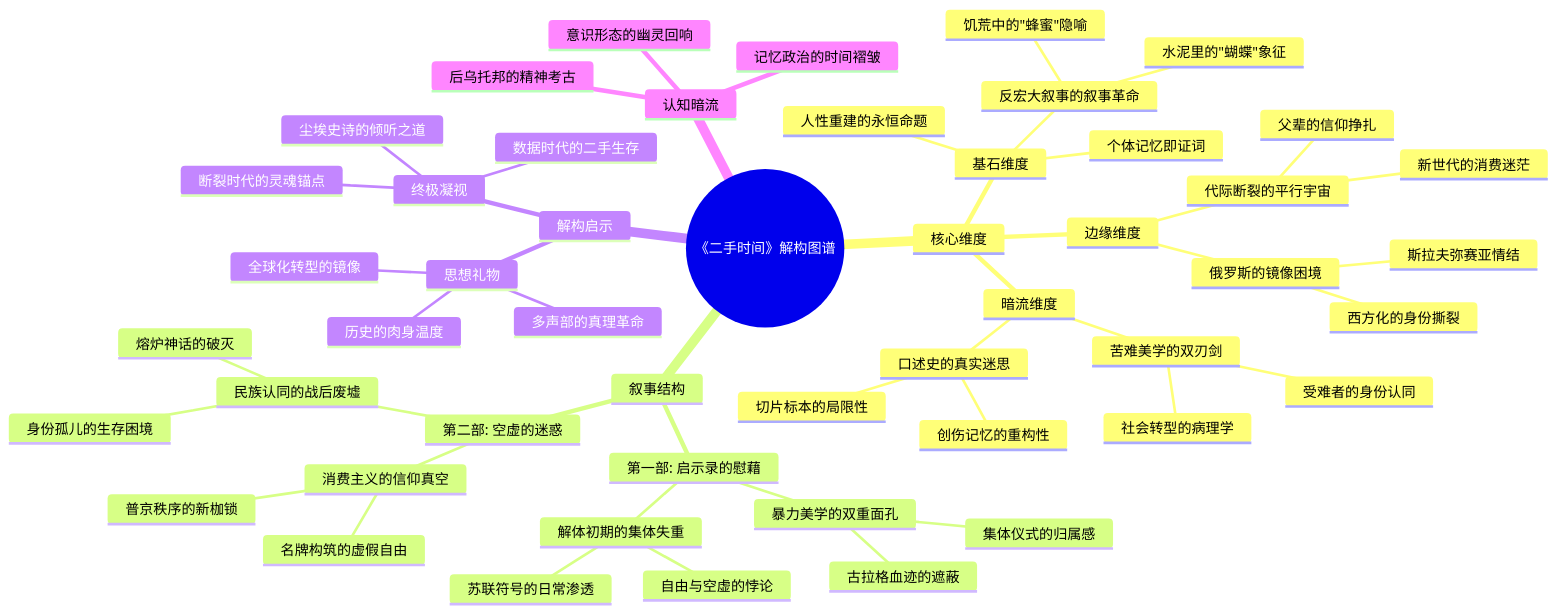
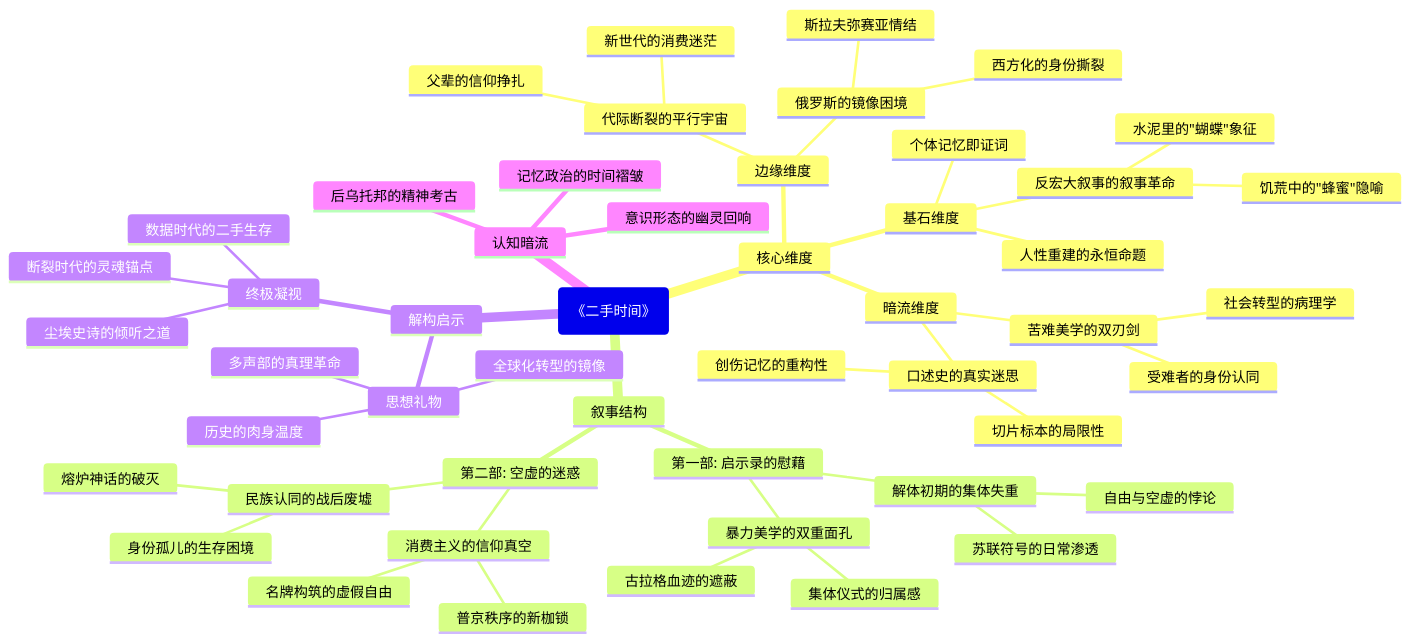
One commit to funloss/funKnowledge changed the diagram in 读书/世界历史/二手时间.md. Above: the diagram before and after it, drawn with Mermaid. The commit also changed 74 other files, not shown here.

````diff
--- a/读书/世界历史/二手时间.md
+++ b/读书/世界历史/二手时间.md
@@ -3,53 +3,53 @@
 ```mermaid
 mindmap
-  root((《二手时间》解构图谱))
+  root(《二手时间》)
     核心维度
       基石维度
         个体记忆即证词
         人性重建的永恒命题
         反宏大叙事的叙事革命
 	        饥荒中的"蜂蜜"隐喻
 	        水泥里的"蝴蝶"象征
       边缘维度
         代际断裂的平行宇宙
 	        父辈的信仰挣扎
 	        新世代的消费迷茫
         俄罗斯的镜像困境
 	        西方化的身份撕裂
 	        斯拉夫弥赛亚情结
       暗流维度
         口述史的真实迷思
 	        创伤记忆的重构性
 	        切片标本的局限性
         苦难美学的双刃剑
 	        受难者的身份认同
 	        社会转型的病理学
     叙事结构
       第一部: 启示录的慰藉
         解体初期的集体失重
 	        自由与空虚的悖论
 	        苏联符号的日常渗透
         暴力美学的双重面孔
 	        集体仪式的归属感
 	        古拉格血迹的遮蔽
       第二部: 空虚的迷惑
         消费主义的信仰真空
 	        名牌构筑的虚假自由
 	        普京秩序的新枷锁
         民族认同的战后废墟
 	        熔炉神话的破灭
 	        身份孤儿的生存困境
     解构启示
       思想礼物
         历史的肉身温度
         全球化转型的镜像
         多声部的真理革命
       终极凝视
         数据时代的二手生存
         断裂时代的灵魂锚点
         尘埃史诗的倾听之道
     认知暗流
       记忆政治的时间褶皱
       意识形态的幽灵回响
       后乌托邦的精神考古
 ``` 
````
